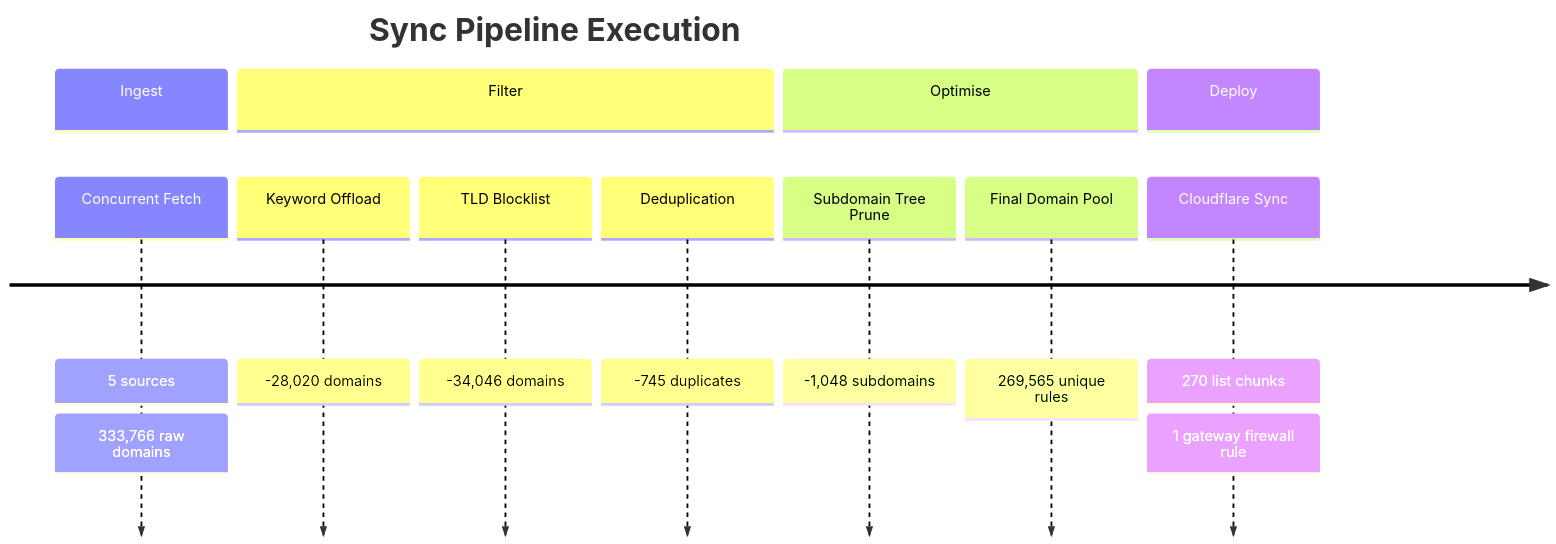
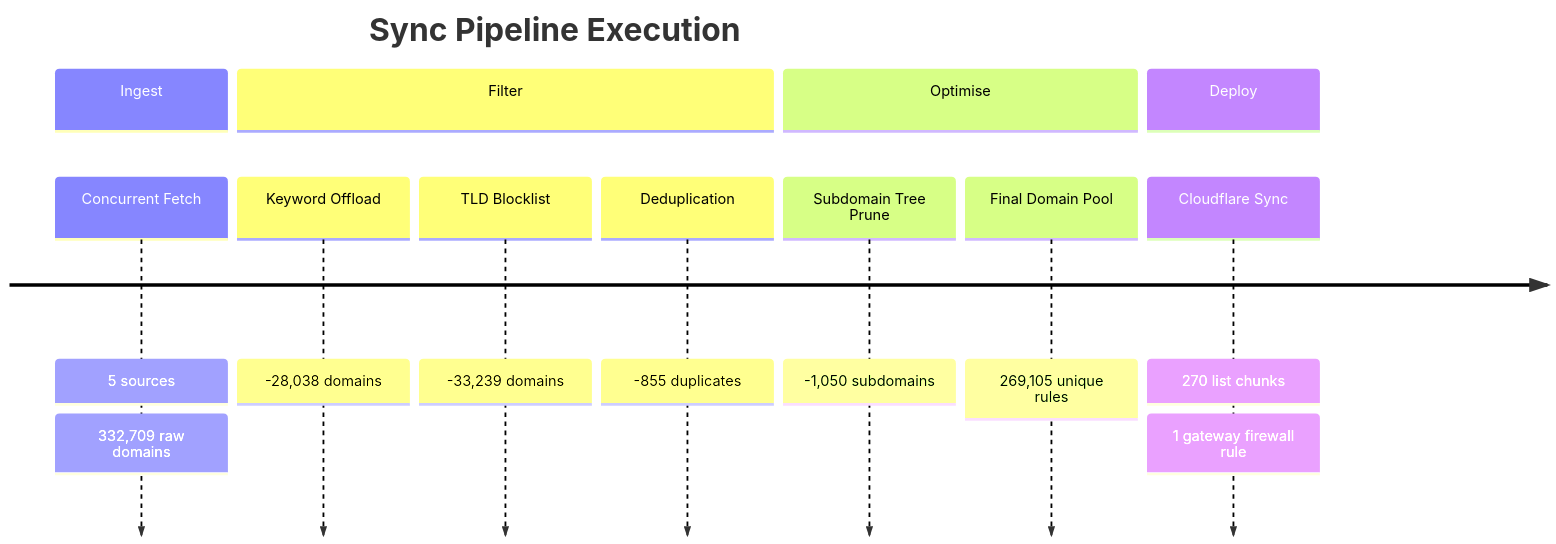
The second of 6 diagrams in README_STATS.md (brojangles24/Cloudflare-ZeroTrust-AdBlock), drawn with Mermaid before and after one commit. The commit also changed other lines of this file and 1 other file, not shown here.

````diff
--- a/README_STATS.md
+++ b/README_STATS.md
@@ -54,17 +54,17 @@
 ```mermaid
 timeline
     title Sync Pipeline Execution
     section Ingest
         Concurrent Fetch   : 5 sources
-                           : 333,766 raw domains
+                           : 332,709 raw domains
     section Filter
-        Keyword Offload    : -28,020 domains
-        TLD Blocklist      : -34,046 domains
-        Deduplication      : -745 duplicates
+        Keyword Offload    : -28,038 domains
+        TLD Blocklist      : -33,239 domains
+        Deduplication      : -855 duplicates
     section Optimise
-        Subdomain Tree Prune : -1,048 subdomains
-        Final Domain Pool    : 269,565 unique rules
+        Subdomain Tree Prune : -1,050 subdomains
+        Final Domain Pool    : 269,105 unique rules
     section Deploy
         Cloudflare Sync    : 270 list chunks
                            : 1 gateway firewall rule
 ```
````
